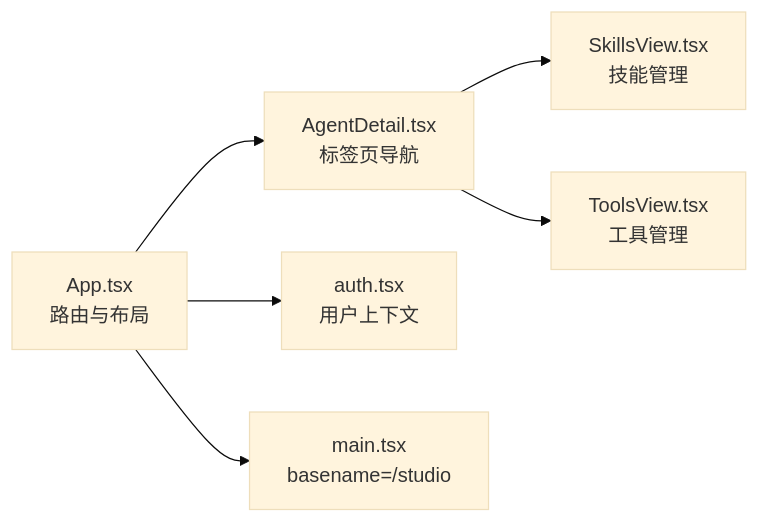
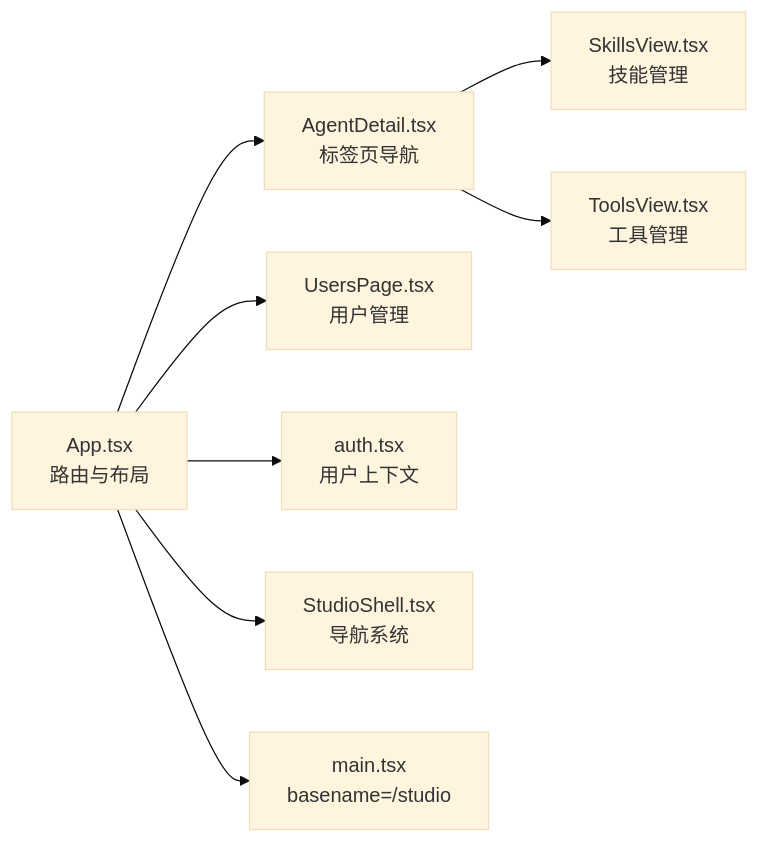
Before and after one commit to YU-JI-KUI/ark-agentic: the third of 9 diagrams in repowiki/zh/content/Studio 开发工具/Studio 开发工具.md, drawn with Mermaid (base theme). The commit also changed other lines of this file and 9 other files, not shown here.

````diff
--- a/repowiki/zh/content/Studio 开发工具/Studio 开发工具.md
+++ b/repowiki/zh/content/Studio 开发工具/Studio 开发工具.md
@@ -159,8 +177,10 @@
 ```mermaid
 graph LR
 A["App.tsx<br/>路由与布局"] --> B["AgentDetail.tsx<br/>标签页导航"]
 B --> C["SkillsView.tsx<br/>技能管理"]
 B --> D["ToolsView.tsx<br/>工具管理"]
-A --> E["auth.tsx<br/>用户上下文"]
-A --> F["main.tsx<br/>basename=/studio"]
+A --> E["UsersPage.tsx<br/>用户管理"]
+A --> F["auth.tsx<br/>用户上下文"]
+A --> G["StudioShell.tsx<br/>导航系统"]
+A --> H["main.tsx<br/>basename=/studio"]
 ```
````
